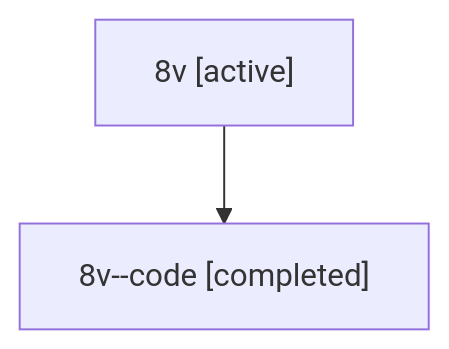
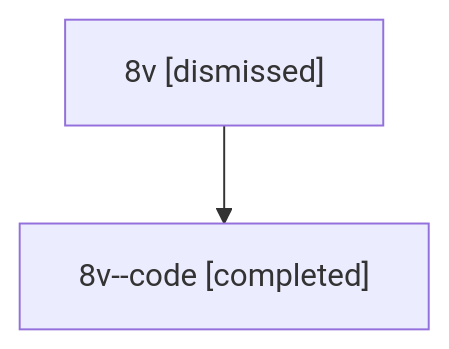
One commit to sase-org/sase--agents changed the diagram in sessions/bbugyi200.athena.8v.md. Above: the diagram before and after it, drawn with Mermaid. The commit also changed other lines of this file and 16 other files, not shown here.

````diff
--- a/sessions/bbugyi200.athena.8v.md
+++ b/sessions/bbugyi200.athena.8v.md
@@ -9,6 +9,6 @@
 ```mermaid
 flowchart TD
-  n0["8v [active]"]
+  n0["8v [dismissed]"]
   n1["8v--code [completed]"]
   n0 --> n1
 ```
````
